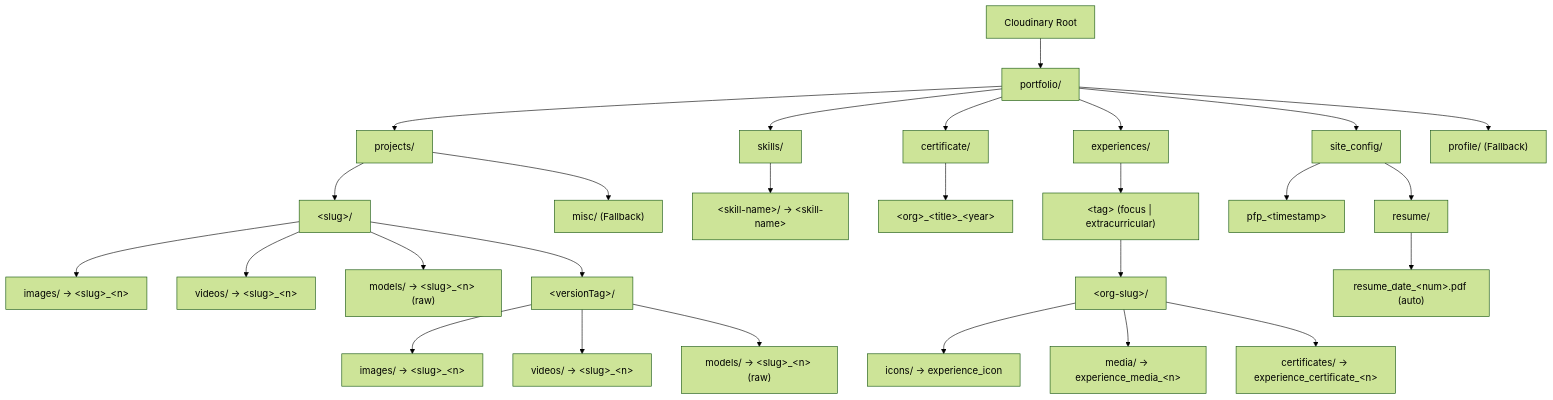
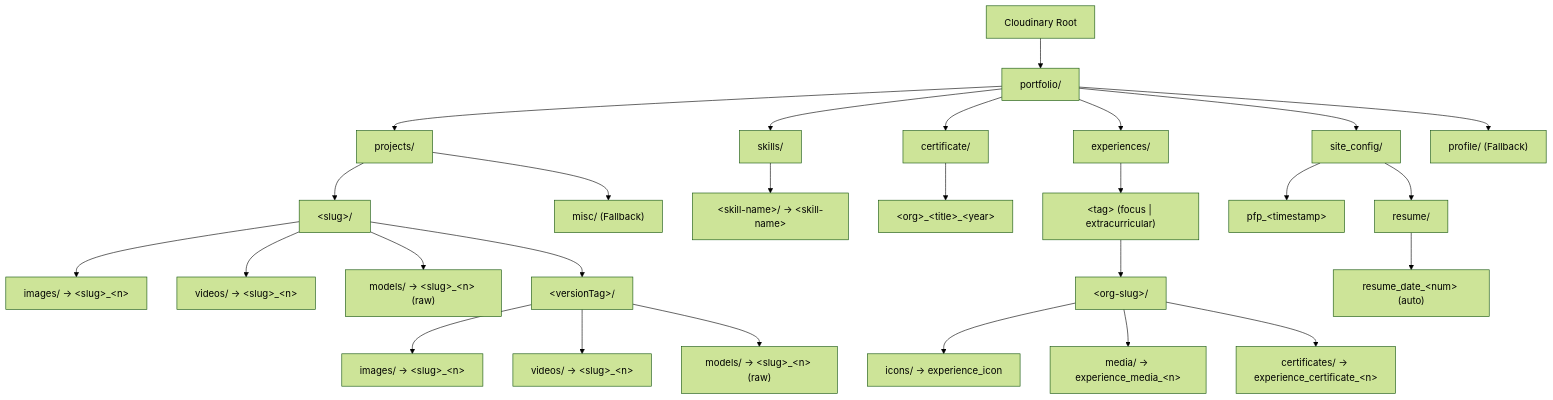
Before and after one commit to Cyberbee-pro/about-core: the diagram in .agents/cloudinary.md, drawn with Mermaid (forest theme). The commit also changed other lines of this file and 6 other files, not shown here.

````diff
--- a/.agents/cloudinary.md
+++ b/.agents/cloudinary.md
@@ -72,40 +72,40 @@
 ```mermaid
 graph TD
     Root["Cloudinary Root"] --> Portfolio["portfolio/"]
 
     Portfolio --> Projects["projects/"]
     Portfolio --> Skills["skills/"]
     Portfolio --> Certificate["certificate/"]
     Portfolio --> Experiences["experiences/"]
     Portfolio --> SiteConfig["site_config/"]
     Portfolio --> Profile["profile/ (Fallback)"]
 
     %% Projects branch
     Projects --> ProjSlug["&lt;slug&gt;/"]
     Projects --> ProjMisc["misc/ (Fallback)"]
     ProjSlug --> PImages["images/ &rarr; &lt;slug&gt;_&lt;n&gt;"]
     ProjSlug --> PVideos["videos/ &rarr; &lt;slug&gt;_&lt;n&gt;"]
     ProjSlug --> PModels["models/ &rarr; &lt;slug&gt;_&lt;n&gt; (raw)"]
     ProjSlug --> PVersion["&lt;versionTag&gt;/"]
     PVersion --> PVImages["images/ &rarr; &lt;slug&gt;_&lt;n&gt;"]
     PVersion --> PVVideos["videos/ &rarr; &lt;slug&gt;_&lt;n&gt;"]
     PVersion --> PVModels["models/ &rarr; &lt;slug&gt;_&lt;n&gt; (raw)"]
 
     %% Skills branch
     Skills --> SkillName["&lt;skill-name&gt;/ &rarr; &lt;skill-name&gt;"]
 
     %% Certificates branch
     Certificate --> CertAsset["&lt;org&gt;_&lt;title&gt;_&lt;year&gt;"]
 
     %% Experiences branch
     Experiences --> ExpTag["&lt;tag&gt; (focus | extracurricular)"]
     ExpTag --> ExpOrg["&lt;org-slug&gt;/"]
     ExpOrg --> ExpIcons["icons/ &rarr; experience_icon"]
     ExpOrg --> ExpMedia["media/ &rarr; experience_media_&lt;n&gt;"]
     ExpOrg --> ExpCerts["certificates/ &rarr; experience_certificate_&lt;n&gt;"]
 
     %% SiteConfig branch
     SiteConfig --> PFP["pfp_&lt;timestamp&gt;"]
     SiteConfig --> ResumeDir["resume/"]
-    ResumeDir --> ResumePDF["resume_date_&lt;num&gt;.pdf (auto)"]
+    ResumeDir --> ResumePDF["resume_date_&lt;num&gt; (auto)"]
 ```
````
